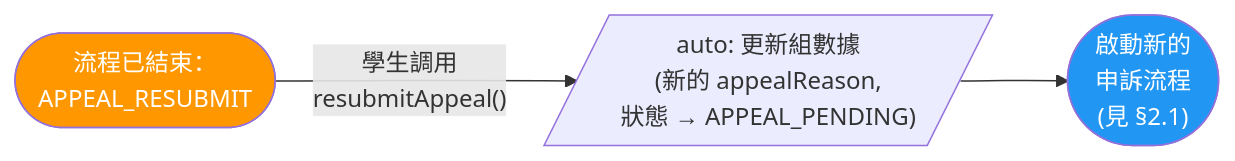
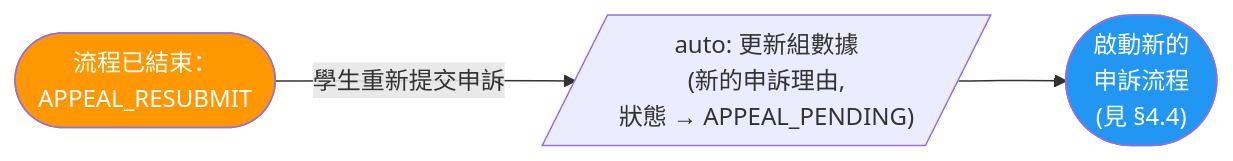
One commit to OneStar-Projects/SLAS-Docs changed the fifth of 6 diagrams in student-org-workflow-flowcharts.md. Above: the diagram before and after it, drawn with Mermaid. The commit also changed other lines of this file and 1 other file, not shown here.

````diff
--- a/student-org-workflow-flowcharts.md
+++ b/student-org-workflow-flowcharts.md
@@ -411,9 +311,9 @@
 ```mermaid
 flowchart LR
     Rejected(["流程已結束：<br/>APPEAL_RESUBMIT"])
-    Rejected -->|"學生調用<br/>resubmitAppeal()"| Update[/"auto: 更新組數據<br/>(新的 appealReason,<br/>狀態 → APPEAL_PENDING)"/]
-    Update --> NewProcess(["啟動新的<br/>申訴流程<br/>(見 §2.1)"])
+    Rejected -->|"學生重新提交申訴"| Update[/"auto: 更新組數據<br/>(新的申訴理由,<br/>狀態 → APPEAL_PENDING)"/]
+    Update --> NewProcess(["啟動新的<br/>申訴流程<br/>(見 §4.4)"])
 
     style Rejected fill:#FF9800,color:#fff
     style NewProcess fill:#2196F3,color:#fff
 ```
````
